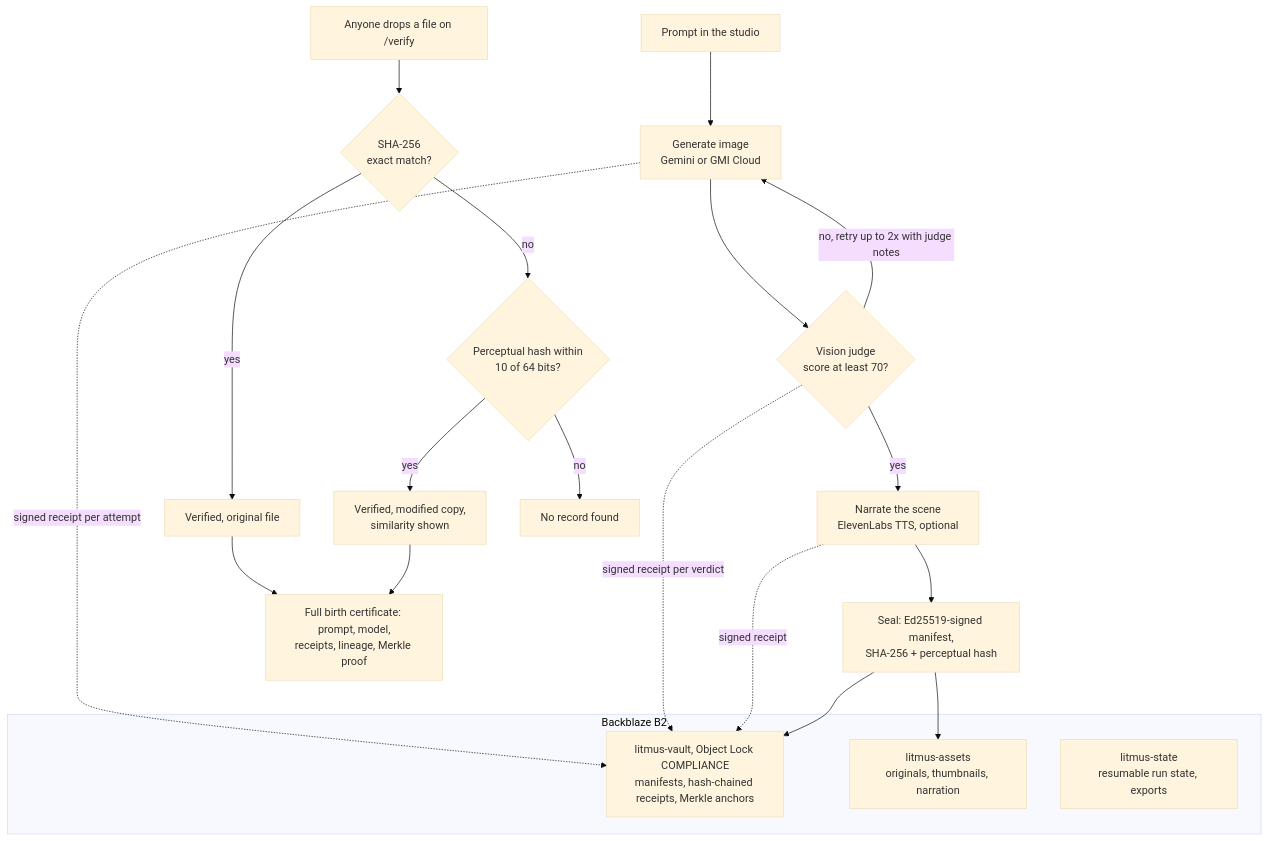
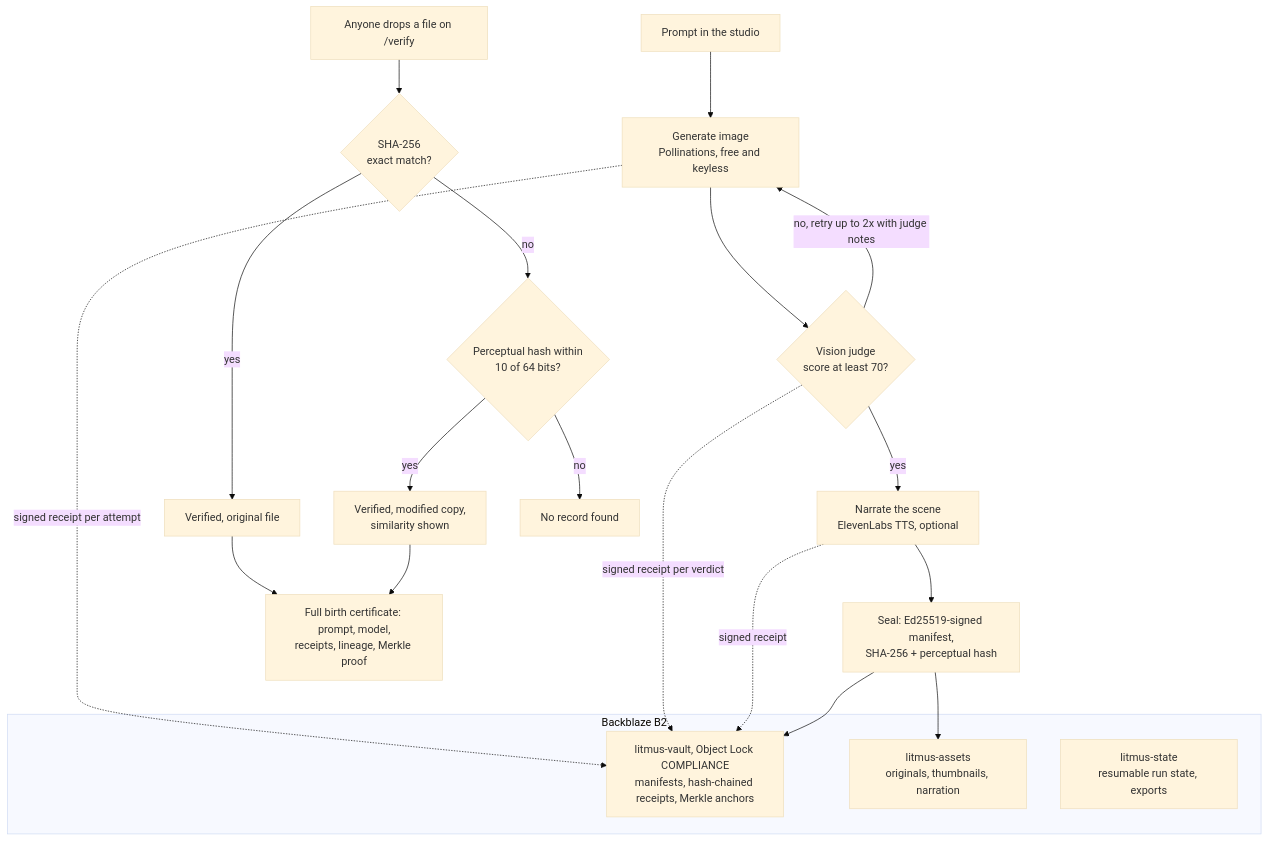
Before and after one commit to fozagtx/litmus: the diagram in README.md, drawn with Mermaid (base theme). The commit also changed other lines of this file and 11 other files, not shown here.

First line of the commit message:
Images via keyless Pollinations provider; drop GMI Cloud entirely

````diff
--- a/README.md
+++ b/README.md
@@ -21,28 +21,28 @@
 ```mermaid
 flowchart TD
-    A[Prompt in the studio] --> B[Generate image<br>Gemini or GMI Cloud]
+    A[Prompt in the studio] --> B[Generate image<br>Pollinations, free and keyless]
     B --> C{Vision judge<br>score at least 70?}
     C -- "no, retry up to 2x with judge notes" --> B
     C -- yes --> D[Narrate the scene<br>ElevenLabs TTS, optional]
     D --> E[Seal: Ed25519-signed manifest,<br>SHA-256 + perceptual hash]
 
     B -. signed receipt per attempt .-> V
     C -. signed receipt per verdict .-> V
     D -. signed receipt .-> V
     E --> V
     E --> M
 
     subgraph B2 [Backblaze B2]
         M[litmus-assets<br>originals, thumbnails, narration]
         V[litmus-vault, Object Lock COMPLIANCE<br>manifests, hash-chained receipts, Merkle anchors]
         S[litmus-state<br>resumable run state, exports]
     end
 
     U[Anyone drops a file on /verify] --> W{SHA-256<br>exact match?}
     W -- yes --> X[Verified, original file]
     W -- no --> Y{Perceptual hash within<br>10 of 64 bits?}
     Y -- yes --> Z[Verified, modified copy,<br>similarity shown]
     Y -- no --> N[No record found]
     X --> BC[Full birth certificate: prompt, model,<br>receipts, lineage, Merkle proof]
     Z --> BC
 ```
````
